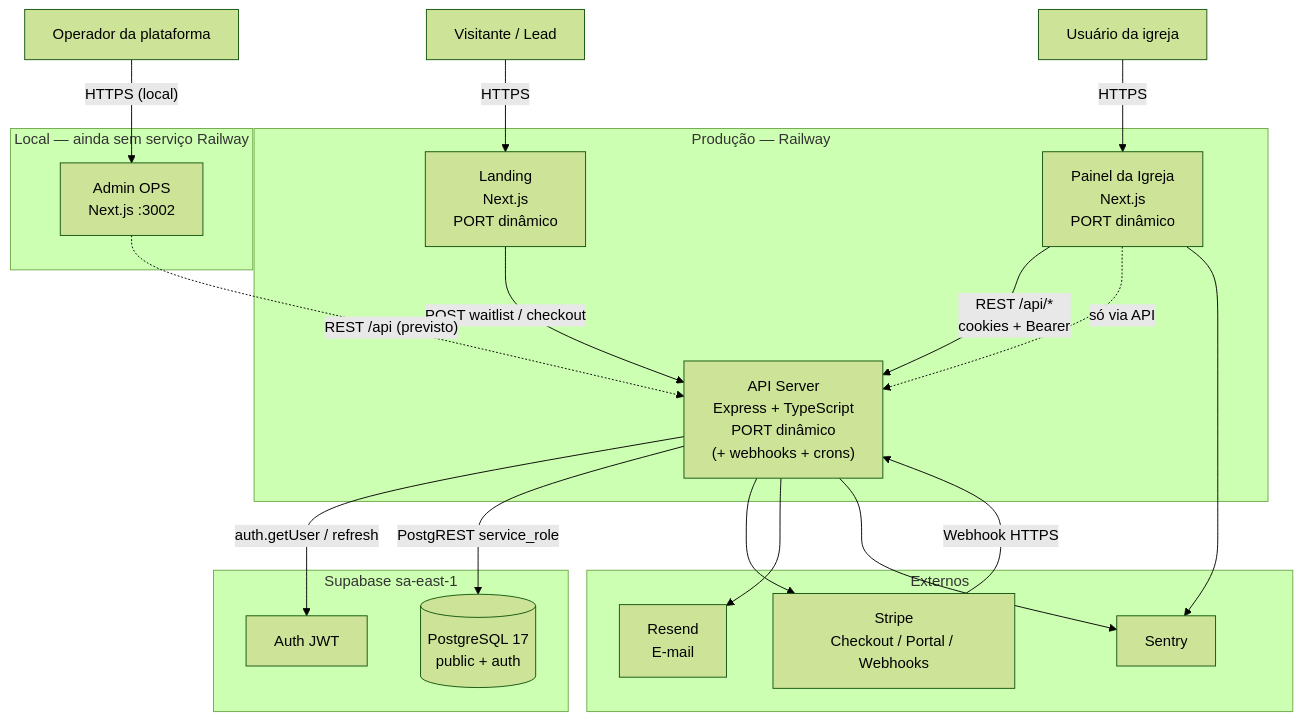
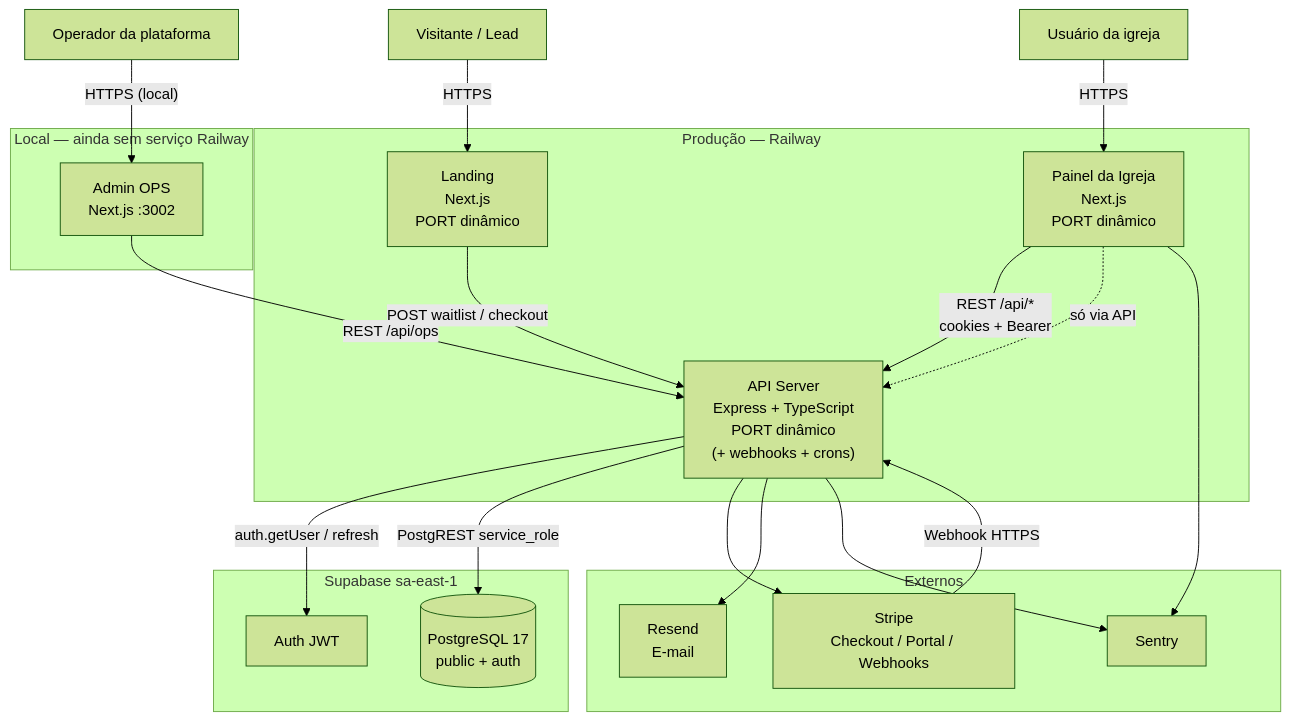
Before and after one commit to vinic-asouza/flock: the first of 8 diagrams in docs/03_arquitetura/diagrama-de-sistema.md, drawn with Mermaid (forest theme). The commit also changed other lines of this file and 18 other files, not shown here.

````diff
--- a/docs/03_arquitetura/diagrama-de-sistema.md
+++ b/docs/03_arquitetura/diagrama-de-sistema.md
@@ -17,43 +17,43 @@
 ```mermaid
 flowchart TD
   user["Usuário da igreja"]
   visitor["Visitante / Lead"]
   staff["Operador da plataforma"]
 
   subgraph railway ["Produção — Railway"]
     landing["Landing\nNext.js\nPORT dinâmico"]
     web["Painel da Igreja\nNext.js\nPORT dinâmico"]
     api["API Server\nExpress + TypeScript\nPORT dinâmico\n(+ webhooks + crons)"]
   end
 
   subgraph local ["Local — ainda sem serviço Railway"]
     ops["Admin OPS\nNext.js :3002"]
   end
 
   subgraph supabase ["Supabase sa-east-1"]
     auth["Auth JWT"]
     db[("PostgreSQL 17\npublic + auth")]
   end
 
   subgraph externos ["Externos"]
     stripe["Stripe\nCheckout / Portal / Webhooks"]
     resend["Resend\nE-mail"]
     sentry["Sentry"]
   end
 
   visitor -->|"HTTPS"| landing
   user -->|"HTTPS"| web
   staff -->|"HTTPS (local)"| ops
   landing -->|"POST waitlist / checkout"| api
   web -->|"REST /api/*\ncookies + Bearer"| api
-  ops -.->|"REST /api (previsto)"| api
+  ops -->|"REST /api/ops"| api
   stripe -->|"Webhook HTTPS"| api
 
   api -->|"auth.getUser / refresh"| auth
   api -->|"PostgREST service_role"| db
   web -.->|"só via API"| api
   api --> stripe
   api --> resend
   api --> sentry
   web --> sentry
 ```
````
